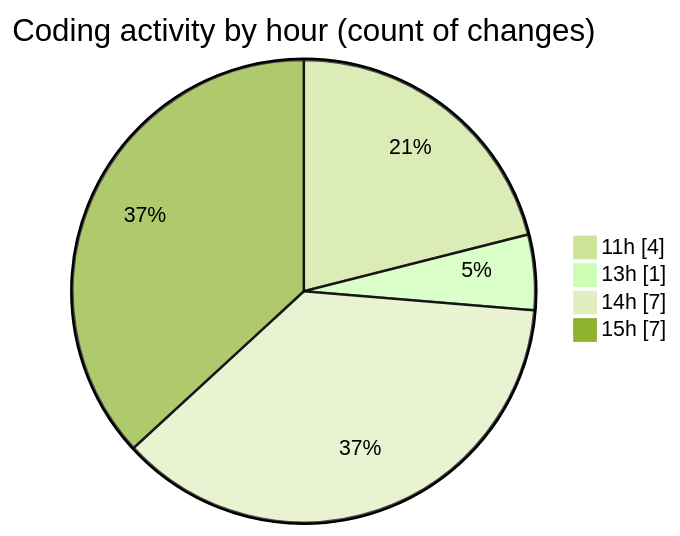
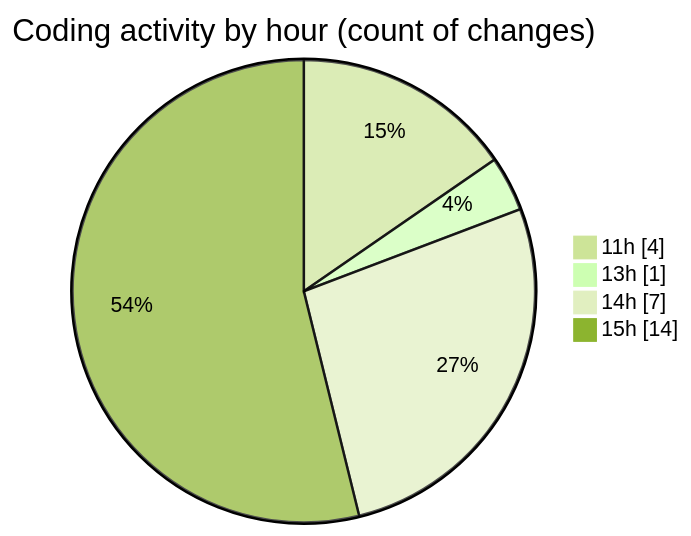
One commit to debugP/code-tracking changed the second of 2 diagrams in 2025-09-30/untitled__workspace_/README.md. Above: the diagram before and after it, drawn with Mermaid (forest theme). The commit also changed other lines of this file and 1 other file, not shown here.

````diff
--- a/2025-09-30/untitled__workspace_/README.md
+++ b/2025-09-30/untitled__workspace_/README.md
@@ -32,8 +35,8 @@
 ```mermaid
 pie showData
 title Coding activity by hour (count of changes)
 "11h" : 4
 "13h" : 1
 "14h" : 7
-"15h" : 7
+"15h" : 14
 ```
````
